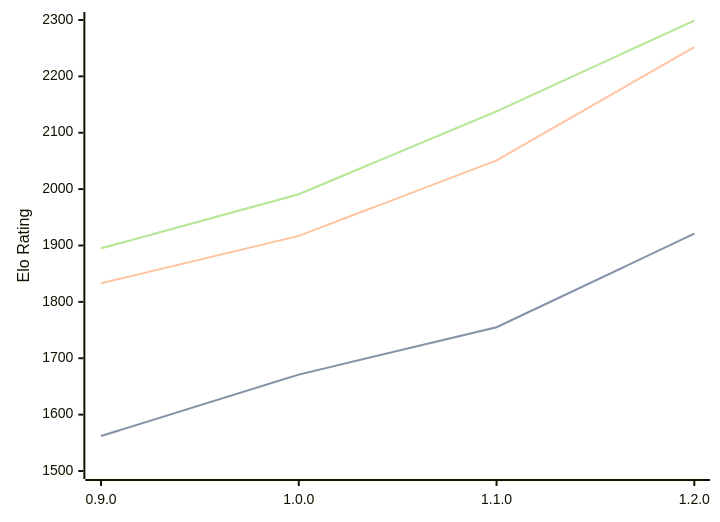
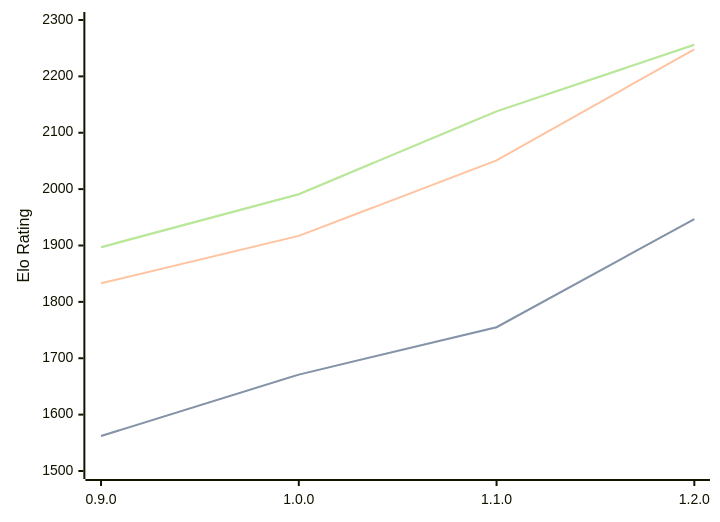
Before and after one commit to computer-chess-index/cci: the diagram in engines/Ratsu.md, drawn with Mermaid. The commit also changed other lines of this file, not shown here.

Commit message:
Update CCI Ratings (ELO VLTC) - 2026-05-12

````diff
--- a/engines/Ratsu.md
+++ b/engines/Ratsu.md
@@ -34,11 +34,11 @@
 ```mermaid
 %%{init: {"theme":"base","themeVariables":{"seriesColors:['#a3a3a3','#222221','#faa371']}}}%%
 xychart-beta
   x-axis ["0.9.0", "1.0.0", "1.1.0", "1.2.0"]
   y-axis "Elo Rating" 1500 --> 2300
-  line "STC (8.0+0.08s)" [1562, 1671, 1755, 1921]
-  line "STC (8.0+0.08s)" [1562, 1671, 1755, 1921]
-  line "LTC (60.0+0.60s)" [1833, 1917, 2051, 2252]
-  line "VLTC (2m24s+1.12s)" [1895, 1991, 2138, 2299]
-  line "VLTC (2m24s+1.12s)" [1895, 1991, 2138, 2299]
+  line "STC (8.0+0.08s)" [1562, 1671, 1755, 1947]
+  line "STC (8.0+0.08s)" [1562, 1671, 1755, 1947]
+  line "LTC (60.0+0.60s)" [1833, 1917, 2051, 2248]
+  line "VLTC (2m24s+1.12s)" [1897, 1991, 2138, 2256]
+  line "VLTC (2m24s+1.12s)" [1897, 1991, 2138, 2256]
 ```
````
